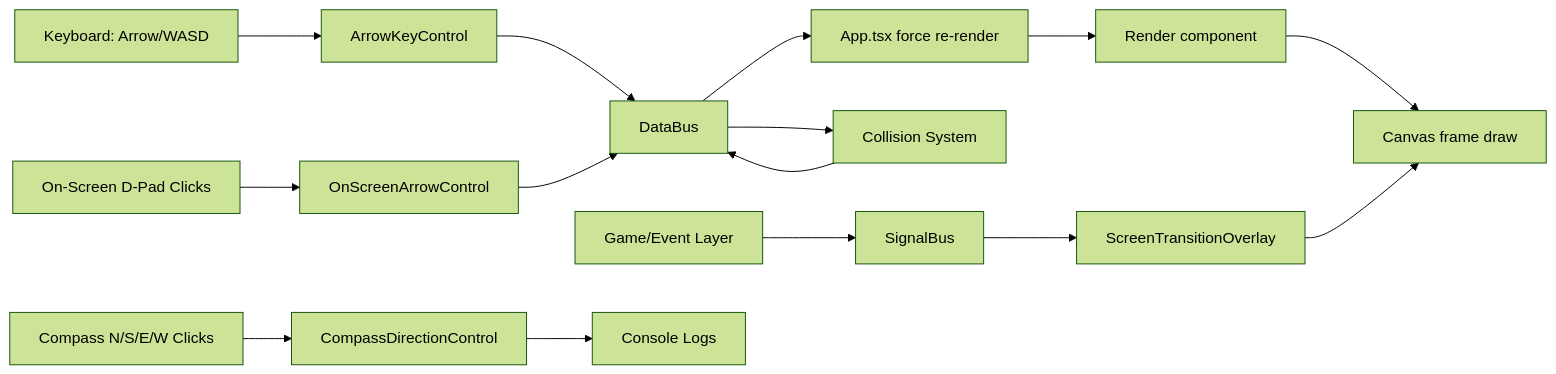
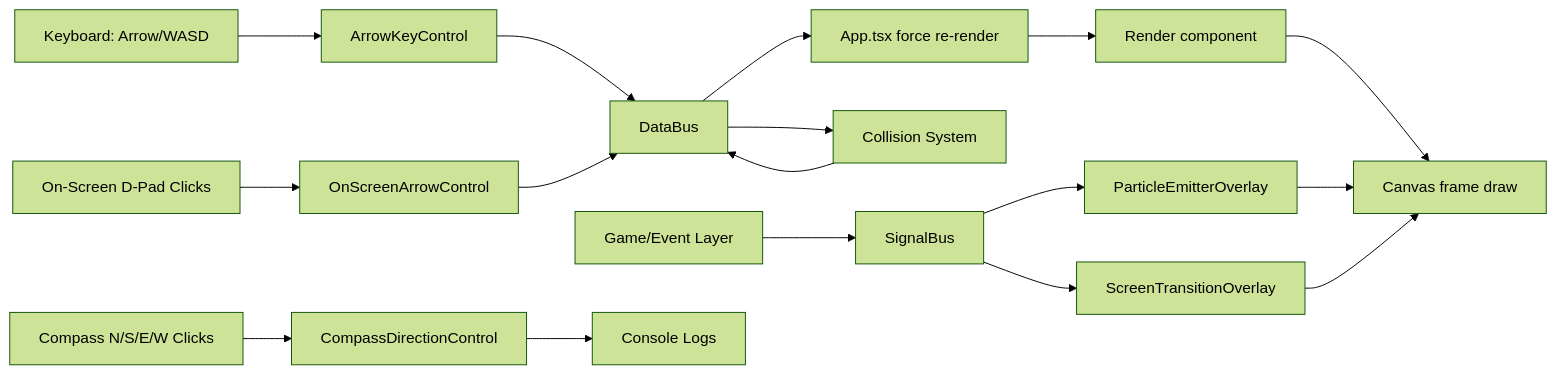
The diagram in docs/ARCHITECTURE.md (obskera/UrsaManus), drawn with Mermaid (forest theme) before and after one commit. The commit also changed other lines of this file and 65 other files, not shown here.

````diff
--- a/docs/ARCHITECTURE.md
+++ b/docs/ARCHITECTURE.md
@@ -9,20 +9,22 @@
 ```mermaid
 flowchart LR
     K[Keyboard: Arrow/WASD] --> AK[ArrowKeyControl]
     C[On-Screen D-Pad Clicks] --> OSC[OnScreenArrowControl]
     N[Compass N/S/E/W Clicks] --> CDC[CompassDirectionControl]
     E[Game/Event Layer] --> SB[SignalBus]
     SB --> STO[ScreenTransitionOverlay]
+    SB --> PEO[ParticleEmitterOverlay]
 
     AK --> DB[DataBus]
     OSC --> DB
     CDC --> LOG[Console Logs]
 
     DB --> CS[Collision System]
     CS --> DB
 
     DB --> APP[App.tsx force re-render]
     APP --> RENDER[Render component]
     RENDER --> CANVAS[Canvas frame draw]
+    PEO --> CANVAS
     STO --> CANVAS
 ```
````
